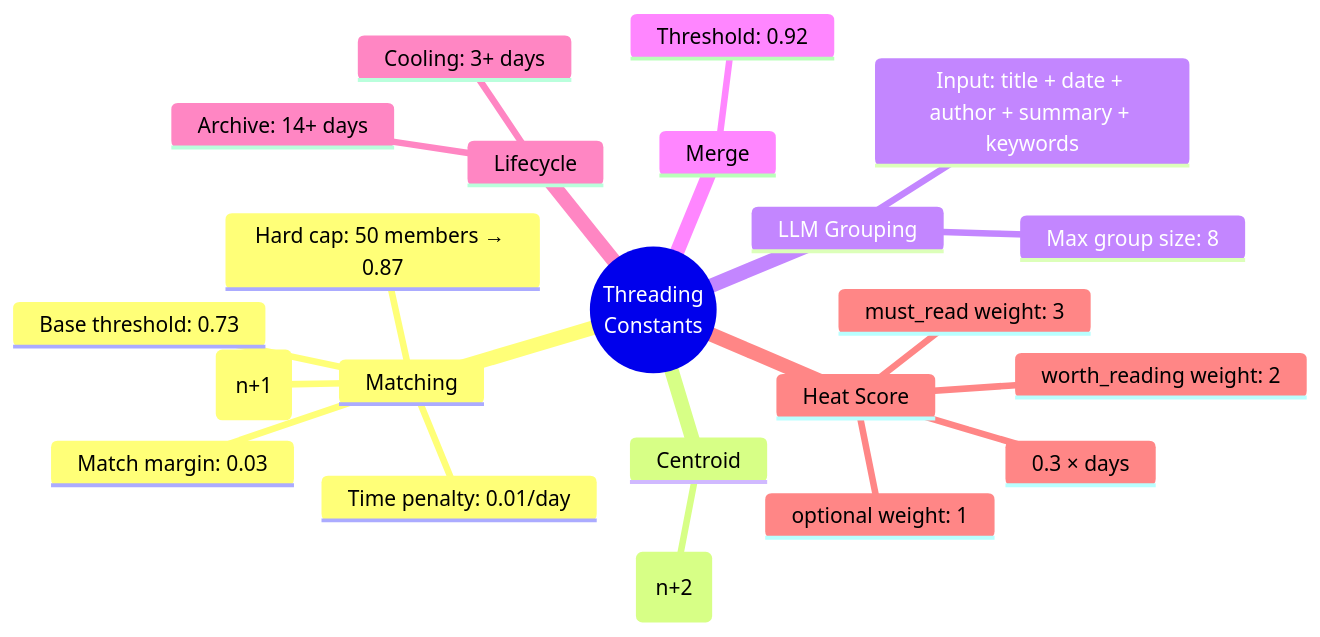
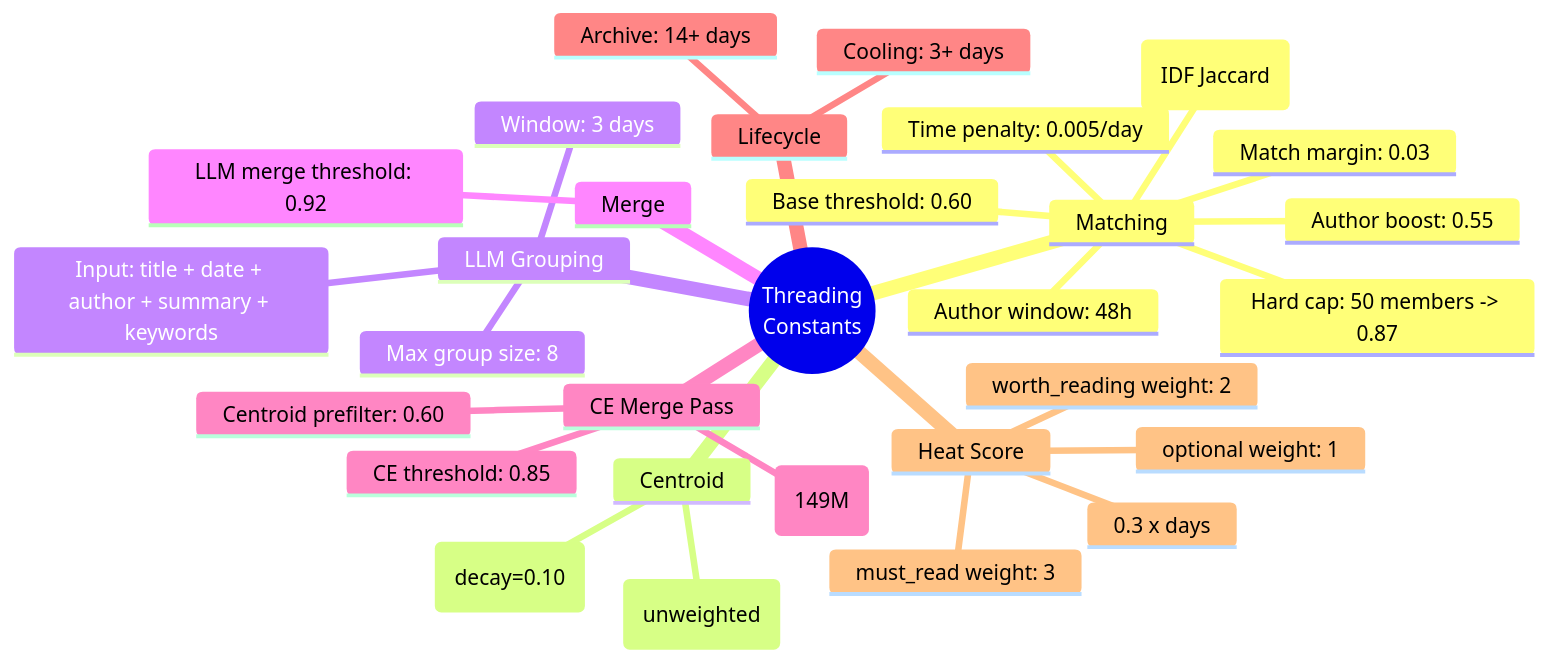
Before and after one commit to choym92/araverus: the tenth of 10 diagrams in docs/1.2-news-threading-visual.md, drawn with Mermaid. The commit also changed other lines of this file and 40 other files, not shown here.

````diff
--- a/docs/1.2-news-threading-visual.md
+++ b/docs/1.2-news-threading-visual.md
@@ -287,25 +342,33 @@
 ```mermaid
 mindmap
   root((Threading<br/>Constants))
     Matching
-      Base threshold: 0.73
-      Time penalty: 0.01/day
-      Size penalty: 0.04 × ln(n+1)
-      Hard cap: 50 members → 0.87
+      Base threshold: 0.60
+      Time penalty: 0.005/day
+      Author boost: 0.55
+      Author window: 48h
+      Hard cap: 50 members -> 0.87
       Match margin: 0.03
+      Entity weight: 0.04 (IDF Jaccard)
     Centroid
-      EMA alpha: 0.1 / ln(n+2)
+      Storage: running mean (unweighted)
+      Matching: time-weighted (decay=0.10)
     LLM Grouping
       Max group size: 8
+      Window: 3 days
       Input: title + date + author + summary + keywords
     Merge
-      Threshold: 0.92
+      LLM merge threshold: 0.92
+    CE Merge Pass
+      Model: GTE-ModernBERT (149M)
+      Centroid prefilter: 0.60
+      CE threshold: 0.85
     Lifecycle
       Cooling: 3+ days
       Archive: 14+ days
     Heat Score
       must_read weight: 3
       worth_reading weight: 2
       optional weight: 1
-      Decay: e^(-0.3 × days)
+      Decay: e^(-0.3 x days)
 ```
````
